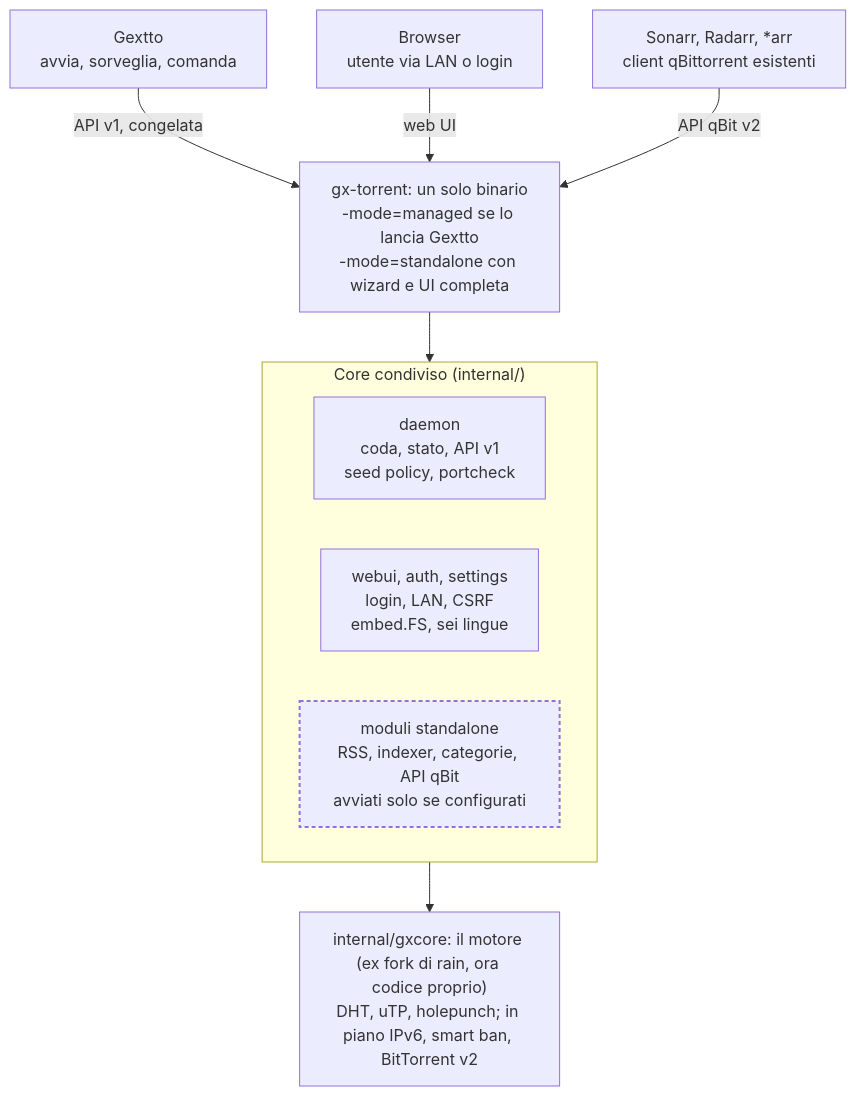
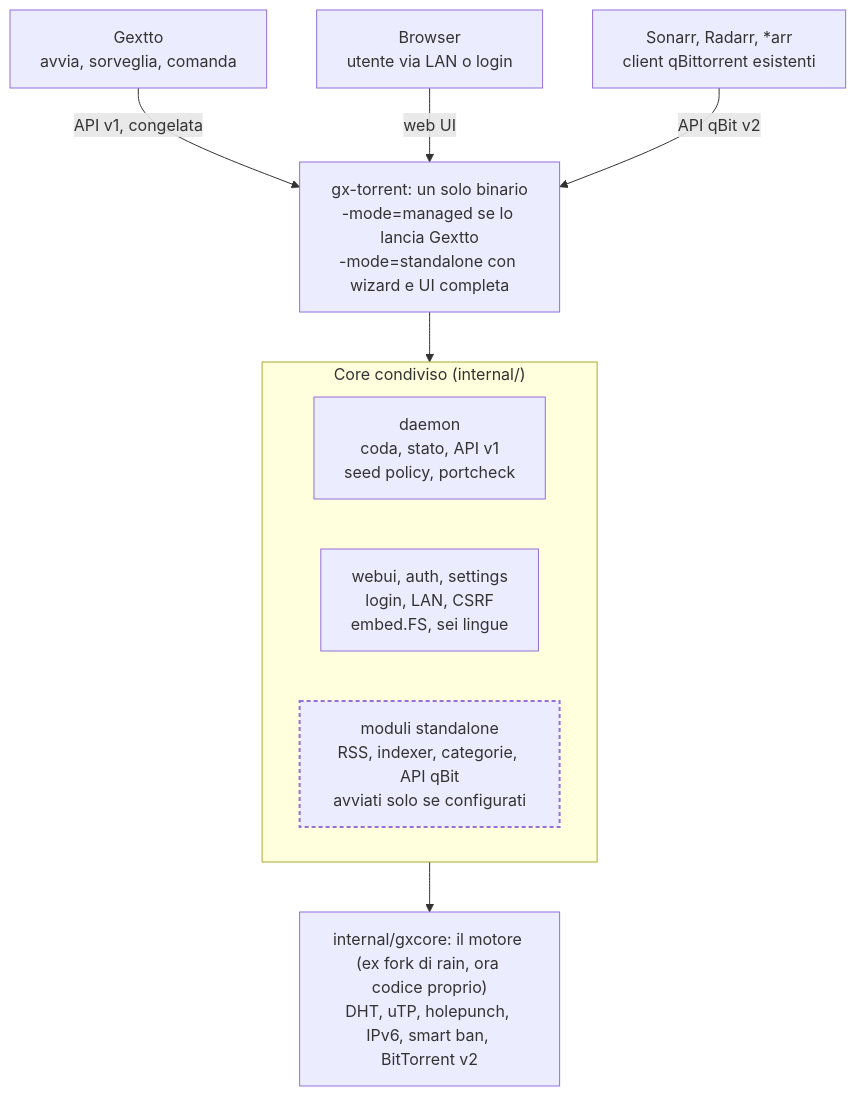
One commit to buzzqw/gextto changed the diagram in docs/gx-torrent-evoluto.md. Above: the diagram before and after it, drawn with Mermaid. The commit also changed other lines of this file and 2 other files, not shown here.

First line of the commit message:
docs: README e gx-torrent evoluto allineati al lavoro dei commit precedenti

````diff
--- a/docs/gx-torrent-evoluto.md
+++ b/docs/gx-torrent-evoluto.md
@@ -267,19 +269,19 @@
 ```mermaid
 flowchart TB
     G["Gextto<br/>avvia, sorveglia, comanda"]
     B["Browser<br/>utente via LAN o login"]
     A["Sonarr, Radarr, *arr<br/>client qBittorrent esistenti"]
     X["gx-torrent: un solo binario<br/>-mode=managed se lo lancia Gextto<br/>-mode=standalone con wizard e UI completa"]
     subgraph CORE["Core condiviso (internal/)"]
         C1["daemon<br/>coda, stato, API v1<br/>seed policy, portcheck"]
         C2["webui, auth, settings<br/>login, LAN, CSRF<br/>embed.FS, sei lingue"]
         C3["moduli standalone<br/>RSS, indexer, categorie, API qBit<br/>avviati solo se configurati"]
     end
-    E["internal/gxcore: il motore (ex fork di rain, ora codice proprio)<br/>DHT, uTP, holepunch; in piano IPv6, smart ban, BitTorrent v2"]
+    E["internal/gxcore: il motore (ex fork di rain, ora codice proprio)<br/>DHT, uTP, holepunch, IPv6, smart ban, BitTorrent v2"]
     G -- "API v1, congelata" --> X
     B -- "web UI" --> X
     A -- "API qBit v2" --> X
     X --> CORE
     CORE --> E
     style C3 stroke-width:2px,stroke-dasharray:4 3
 ```
````
